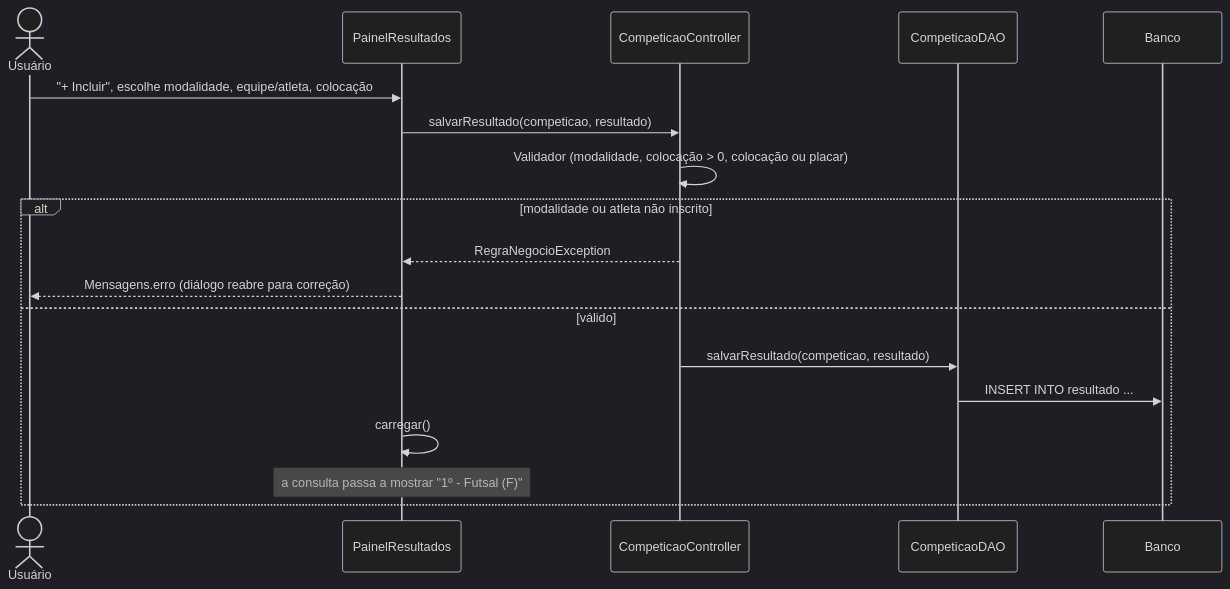
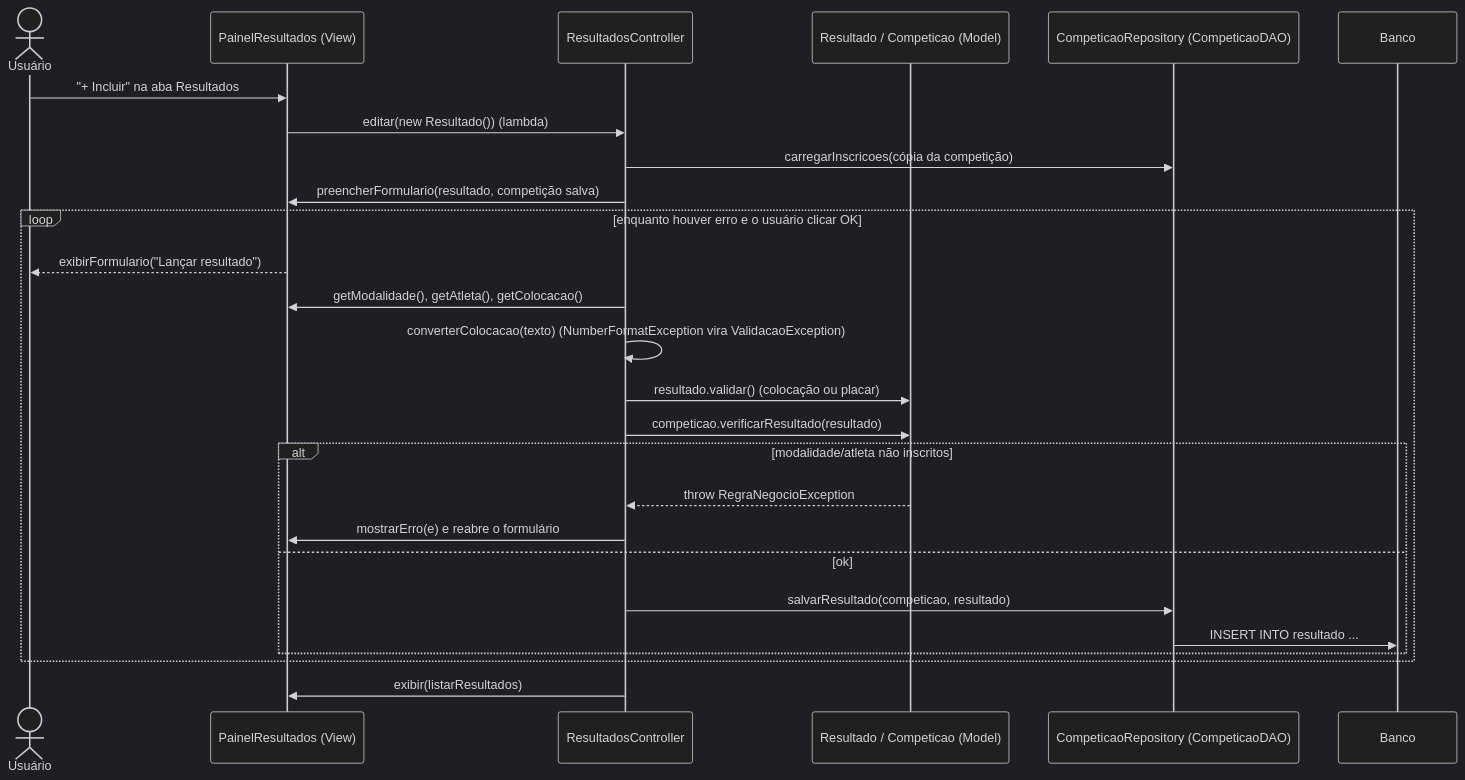
The ninth of 13 diagrams in docs/diagramas/sequencia.md (mheloisawitt/Athletiza), drawn with Mermaid (dark theme) before and after one commit. The commit also changed other lines of this file and 196 other files, not shown here.

````diff
--- a/docs/diagramas/sequencia.md
+++ b/docs/diagramas/sequencia.md
@@ -276,21 +308,29 @@
 ```mermaid
 sequenceDiagram
     actor U as Usuário
-    participant V as PainelResultados
-    participant C as CompeticaoController
-    participant D as CompeticaoDAO
+    participant V as PainelResultados (View)
+    participant C as ResultadosController
+    participant M as Resultado / Competicao (Model)
+    participant R as CompeticaoRepository (CompeticaoDAO)
     participant B as Banco
 
-    U->>V: "+ Incluir", escolhe modalidade, equipe/atleta, colocação
-    V->>C: salvarResultado(competicao, resultado)
-    C->>C: Validador (modalidade, colocação > 0, colocação ou placar)
-    alt modalidade ou atleta não inscrito
-        C-->>V: RegraNegocioException
-        V-->>U: Mensagens.erro (diálogo reabre para correção)
-    else válido
-        C->>D: salvarResultado(competicao, resultado)
-        D->>B: INSERT INTO resultado ...
-        V->>V: carregar()
-        Note over V: a consulta passa a mostrar "1º - Futsal (F)"
+    U->>V: "+ Incluir" na aba Resultados
+    V->>C: editar(new Resultado()) (lambda)
+    C->>R: carregarInscricoes(cópia da competição)
+    C->>V: preencherFormulario(resultado, competição salva)
+    loop enquanto houver erro e o usuário clicar OK
+        V-->>U: exibirFormulario("Lançar resultado")
+        C->>V: getModalidade(), getAtleta(), getColocacao()
+        C->>C: converterColocacao(texto) (NumberFormatException vira ValidacaoException)
+        C->>M: resultado.validar() (colocação ou placar)
+        C->>M: competicao.verificarResultado(resultado)
+        alt modalidade/atleta não inscritos
+            M-->>C: throw RegraNegocioException
+            C->>V: mostrarErro(e) e reabre o formulário
+        else ok
+            C->>R: salvarResultado(competicao, resultado)
+            R->>B: INSERT INTO resultado ...
+        end
     end
+    C->>V: exibir(listarResultados)
 ```
````
